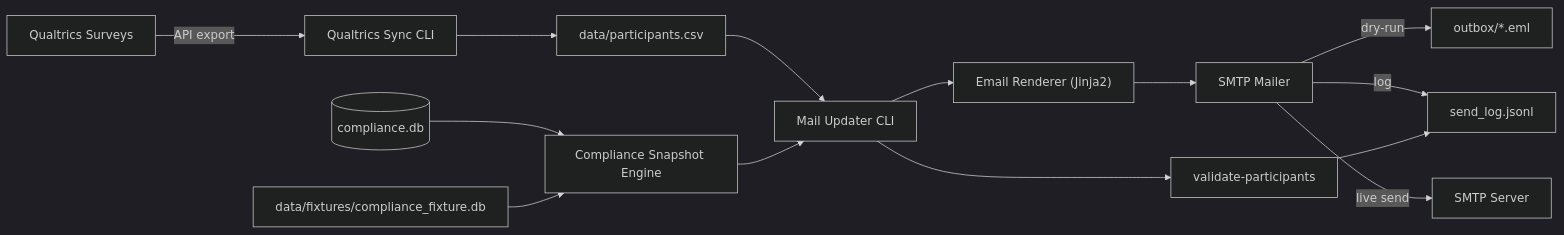
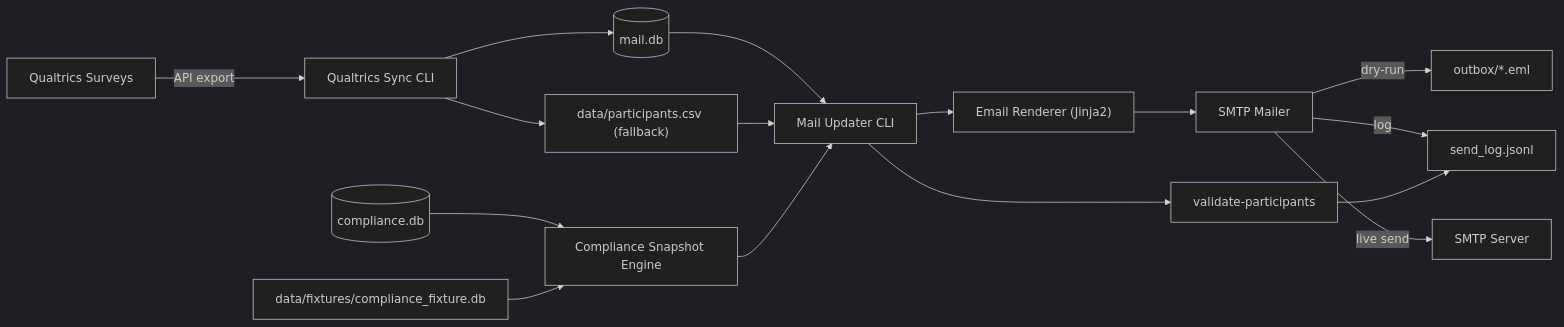
The diagram in docs/architecture.md (pmmendoza/mail-updater), drawn with Mermaid (dark theme) before and after one commit. The commit also changed other lines of this file and 24 other files, not shown here.

````diff
--- a/docs/architecture.md
+++ b/docs/architecture.md
@@ -50,16 +50,18 @@
 ```mermaid
 flowchart LR
     Q["Qualtrics Surveys"] -->|API export| Sync["Qualtrics Sync CLI"]
-    Sync --> CSV["data/participants.csv"]
-    CSV --> CLI["Mail Updater CLI"]
+    Sync --> MailDB[("mail.db")]
+    Sync --> CSV["data/participants.csv (fallback)"]
+    MailDB --> CLI["Mail Updater CLI"]
+    CSV --> CLI
     DB[("compliance.db")] --> Snapshot["Compliance Snapshot Engine"]
     Snapshot --> CLI
     Fixtures["data/fixtures/compliance_fixture.db"] --> Snapshot
     CLI --> Renderer["Email Renderer (Jinja2)"]
     Renderer --> Mailer["SMTP Mailer"]
     Mailer -->|dry-run| Outbox["outbox/*.eml"]
     Mailer -->|log| Log["send_log.jsonl"]
     Mailer -->|live send| SMTP["SMTP Server"]
     CLI --> Validate["validate-participants"]
     Validate --> Log
 ```
````
